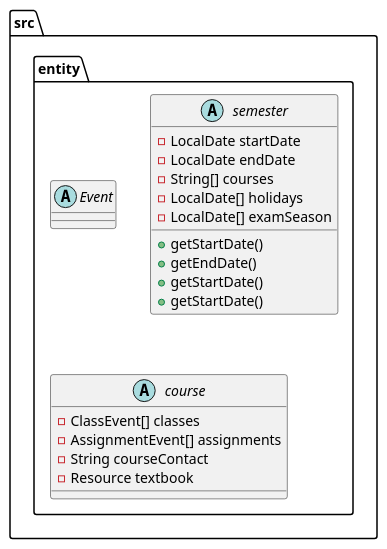
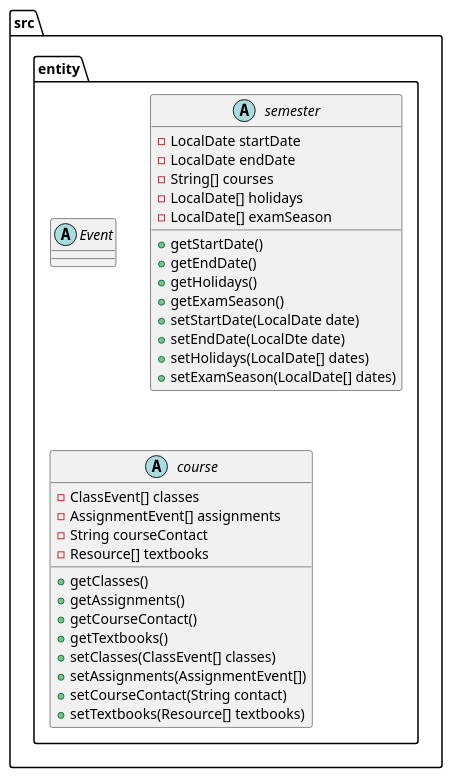
The diagram in DESIGN.puml (Rafiah-n/AcademiCal), drawn with PlantUML before and after one commit.

Commit message:
uml - semester and course with gets and sets

```diff
--- a/DESIGN.puml
+++ b/DESIGN.puml
@@ -1,37 +1,48 @@
 @startuml
 
 folder src {
 
     folder entity {
 
         abstract Event {
 
         }
 
         abstract semester{
          - LocalDate startDate
          - LocalDate endDate
          - String[] courses
          - LocalDate[] holidays
          - LocalDate[] examSeason
 
          + getStartDate()
          + getEndDate()
-         + getStartDate()
-         + getStartDate()
-
+         + getHolidays()
+         + getExamSeason()
+         + setStartDate(LocalDate date)
+         + setEndDate(LocalDte date)
+         + setHolidays(LocalDate[] dates)
+         + setExamSeason(LocalDate[] dates)
         }
 
         abstract course {
         - ClassEvent[] classes
         - AssignmentEvent[] assignments
         - String courseContact
-        - Resource textbook
+        - Resource[] textbooks
 
+        + getClasses()
+        + getAssignments()
+        + getCourseContact()
+        + getTextbooks()
+        + setClasses(ClassEvent[] classes)
+        + setAssignments(AssignmentEvent[])
+        + setCourseContact(String contact)
+        + setTextbooks(Resource[] textbooks)
         }
 
     }  /' folder entity '/
 
 }  /' folder src '/
 
 @enduml
```
